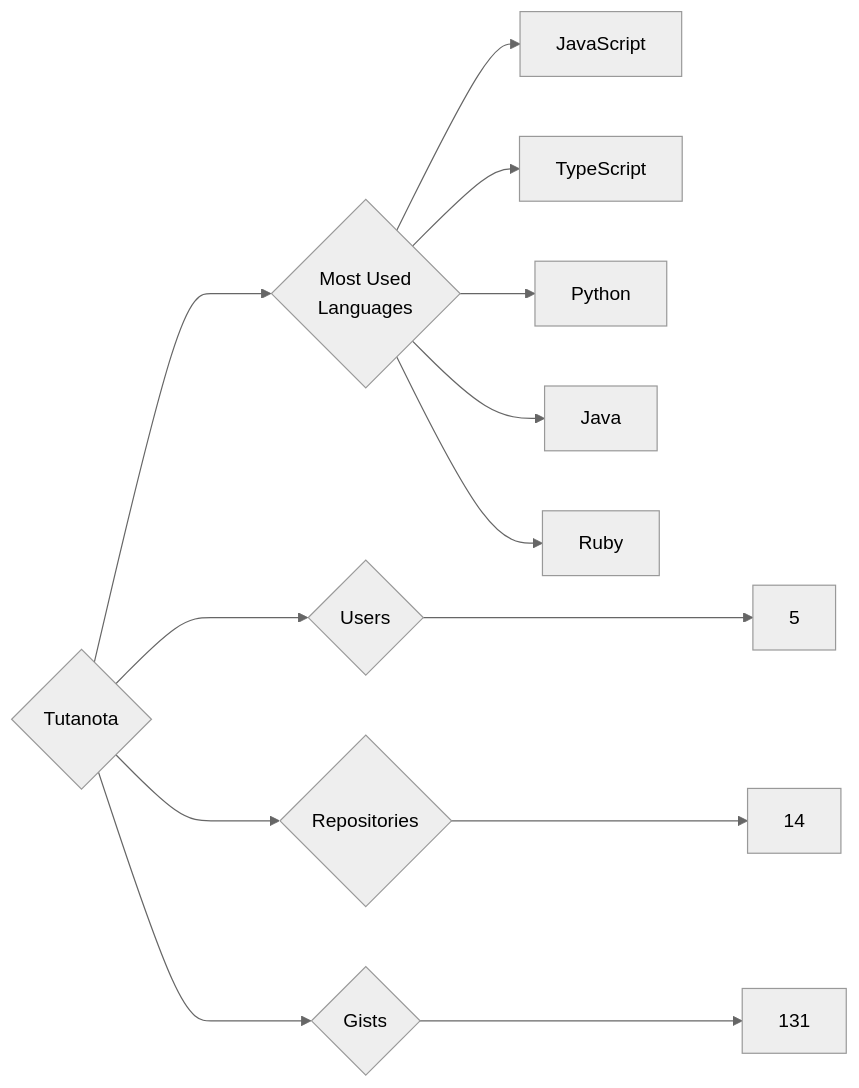
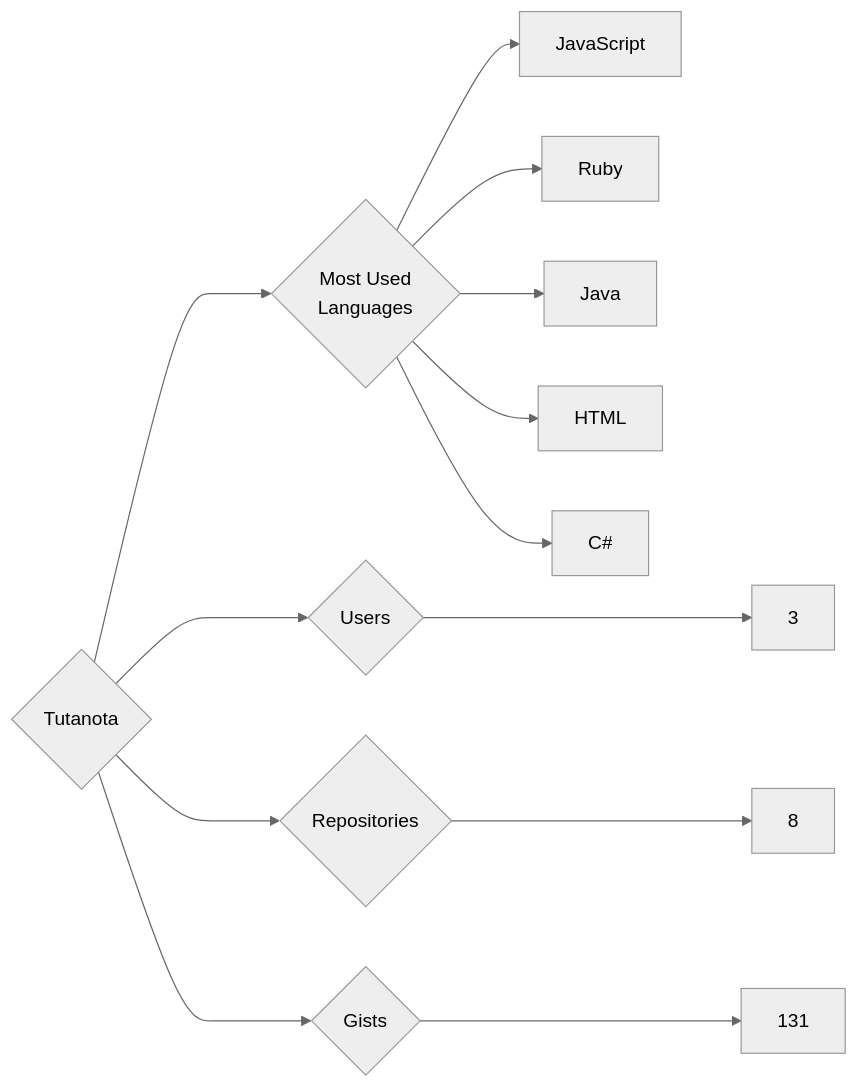
The diagram in targets/Tutanota/README.md (trickest/insiders), drawn with Mermaid (neutral theme) before and after one commit. The commit also changed 1389 other files, not shown here.

````diff
--- a/targets/Tutanota/README.md
+++ b/targets/Tutanota/README.md
@@ -3,13 +3,13 @@
 ```mermaid
 graph LR
 COMPANY_NAME{Tutanota}
-COMPANY_NAME ---> U{Users} ---> UN[5]
-COMPANY_NAME ---> R{Repositories} ---> RN[14]
+COMPANY_NAME ---> U{Users} ---> UN[3]
+COMPANY_NAME ---> R{Repositories} ---> RN[8]
 COMPANY_NAME ---> G{Gists} ---> GN[131]
 COMPANY_NAME ---> ML{Most Used<br>Languages}
 ML --> JavaScript[JavaScript]
-ML --> TypeScript[TypeScript]
-ML --> Python[Python]
+ML --> Ruby[Ruby]
 ML --> Java[Java]
-ML --> Ruby[Ruby]
+ML --> HTML[HTML]
+ML --> C#[C#]
 ```
````
